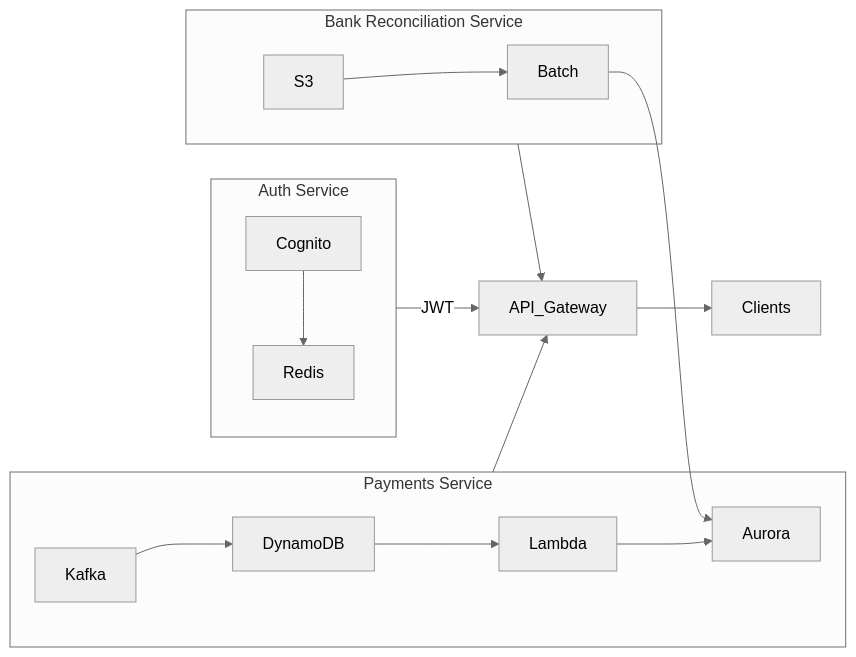
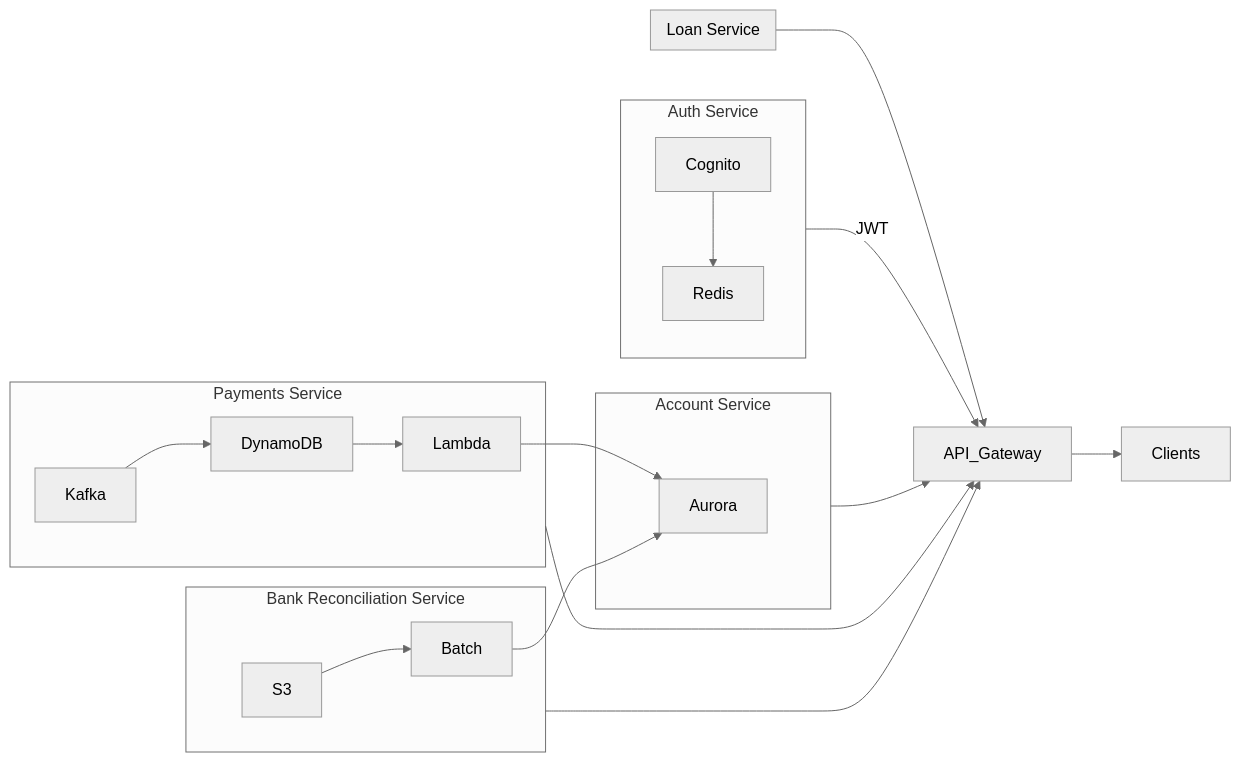
The diagram in README.md (odevbruno/finback), drawn with Mermaid (neutral theme) before and after one commit. The commit also changed other lines of this file, not shown here.

`````diff
--- a/README.md
+++ b/README.md
@@ -52,22 +52,32 @@
 ```mermaid
 flowchart LR
     subgraph Auth["Auth Service"]
         Cognito --> Redis
+    end
+
+    subgraph Account["Account Service"]
+        Aurora
+    end
+
+    subgraph Loan["Loan Service"]
+        Aurora
     end
 
     subgraph Payments["Payments Service"]
         Kafka --> DynamoDB
         DynamoDB --> Lambda
         Lambda --> Aurora
     end
 
     subgraph BankReconciliation["Bank Reconciliation Service"]
         S3 --> Batch
         Batch --> Aurora
     end
 
     Auth -->|JWT| API_Gateway
+    Account --> API_Gateway
+    Loan --> API_Gateway
     Payments --> API_Gateway
     BankReconciliation --> API_Gateway
     API_Gateway --> Clients
 ````
`````
